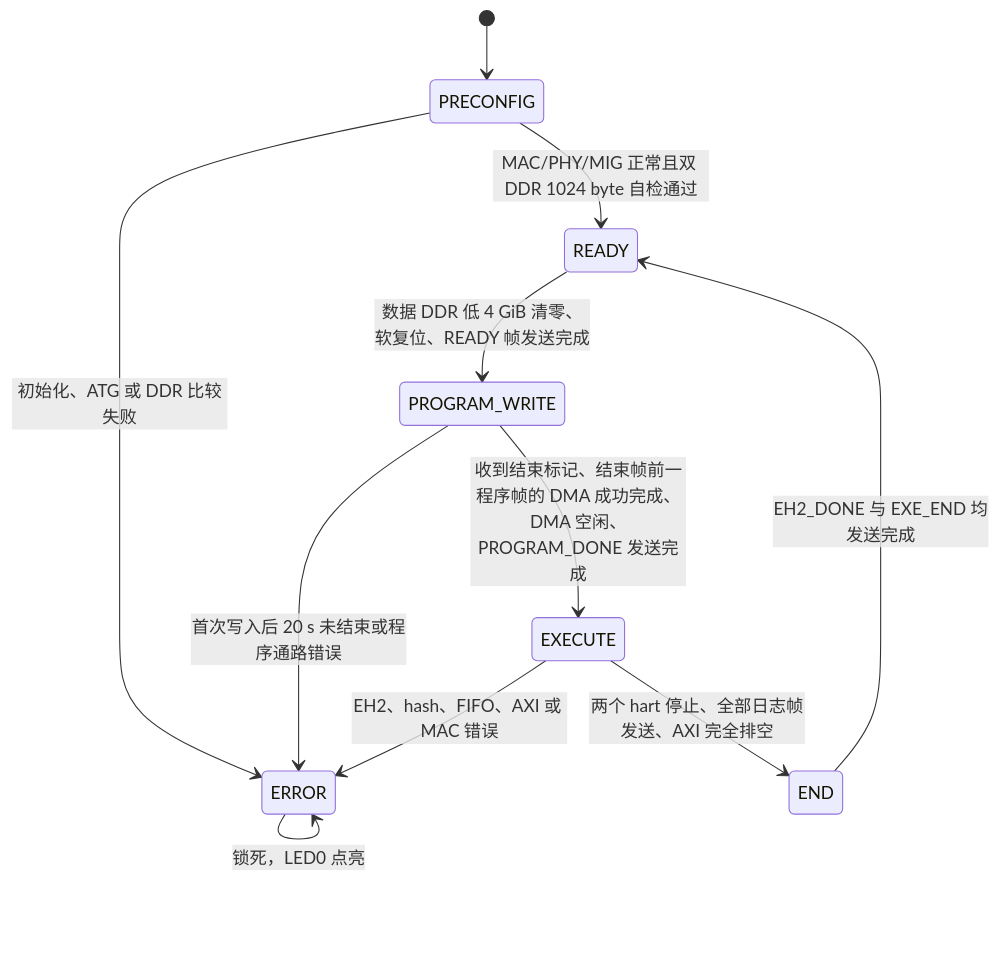
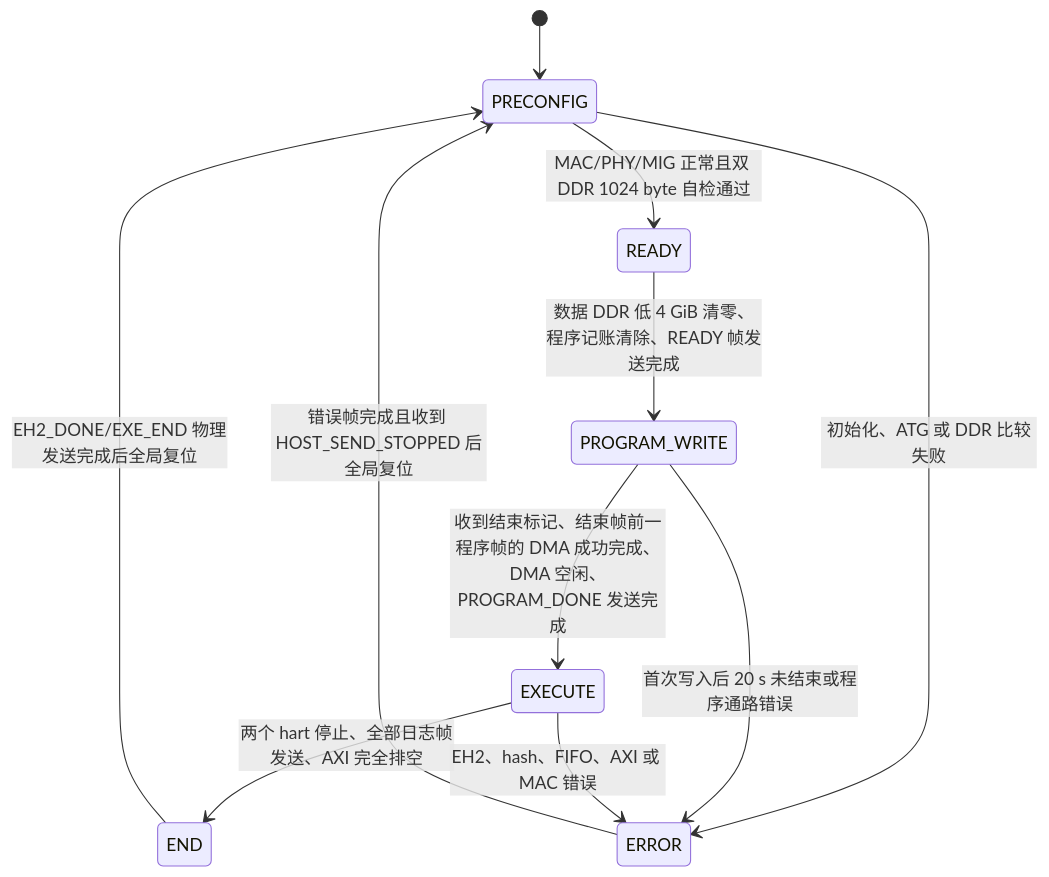
One commit to 320525/eh2-fpga-veri changed the second of 2 diagrams in eh2fpga_veri_system/output/doc/README.md. Above: the diagram before and after it, drawn with Mermaid. The commit also changed other lines of this file and 109 other files, not shown here.

````diff
--- a/eh2fpga_veri_system/output/doc/README.md
+++ b/eh2fpga_veri_system/output/doc/README.md
@@ -113,13 +104,13 @@
 ```mermaid
 stateDiagram-v2
     [*] --> PRECONFIG
     PRECONFIG --> READY: MAC/PHY/MIG 正常且双 DDR 1024 byte 自检通过
     PRECONFIG --> ERROR: 初始化、ATG 或 DDR 比较失败
-    READY --> PROGRAM_WRITE: 数据 DDR 低 4 GiB 清零、软复位、READY 帧发送完成
+    READY --> PROGRAM_WRITE: 数据 DDR 低 4 GiB 清零、程序记账清除、READY 帧发送完成
 PROGRAM_WRITE --> EXECUTE: 收到结束标记、结束帧前一程序帧的 DMA 成功完成、DMA 空闲、PROGRAM_DONE 发送完成
     PROGRAM_WRITE --> ERROR: 首次写入后 20 s 未结束或程序通路错误
     EXECUTE --> END: 两个 hart 停止、全部日志帧发送、AXI 完全排空
     EXECUTE --> ERROR: EH2、hash、FIFO、AXI 或 MAC 错误
-    END --> READY: EH2_DONE 与 EXE_END 均发送完成
-    ERROR --> ERROR: 锁死，LED0 点亮
+    END --> PRECONFIG: EH2_DONE/EXE_END 物理发送完成后全局复位
+    ERROR --> PRECONFIG: 错误帧完成且收到 HOST_SEND_STOPPED 后全局复位
 ```
````
